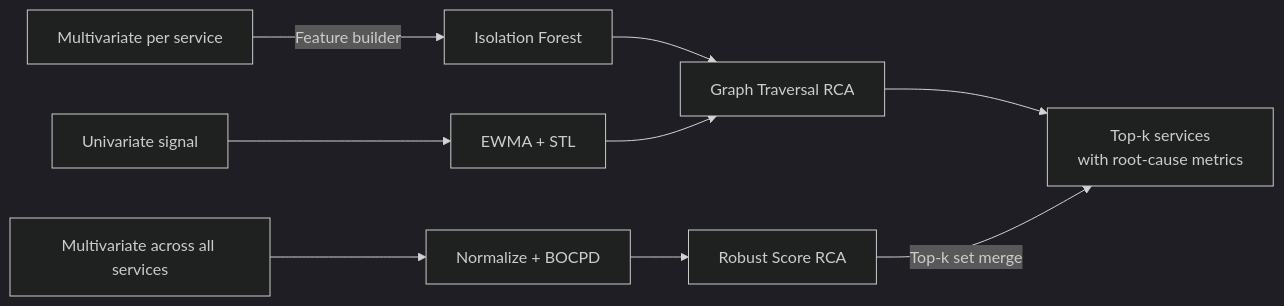
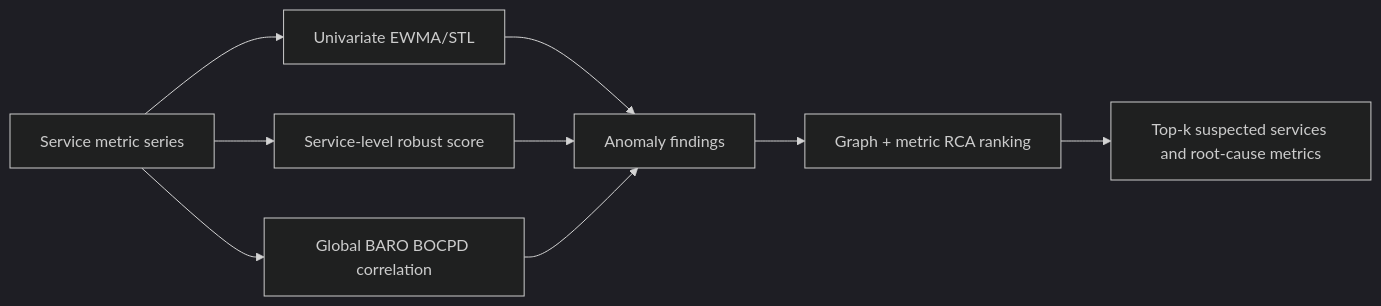
One commit to tf2-team/tf2-corp-platform changed the first of 2 diagrams in src/aio/docs/mandates/MANDATE-07-jira-tickets.md. Above: the diagram before and after it, drawn with Mermaid (dark theme). The commit also changed other lines of this file, not shown here.

````diff
--- a/src/aio/docs/mandates/MANDATE-07-jira-tickets.md
+++ b/src/aio/docs/mandates/MANDATE-07-jira-tickets.md
@@ -55,14 +91,11 @@
 ```mermaid
 graph LR
-    A["Multivariate per service"] -- "Feature builder" --> D["Isolation Forest"]
-    B["Univariate signal"] --> E["EWMA + STL"]
-    C["Multivariate across all services"] --> F["Normalize + BOCPD"]
-
-    D --> G["Graph Traversal RCA"]
-    E --> G
-
-    F --> H["Robust Score RCA"]
-
-    G --> I["Top-k services<br/>with root-cause metrics"]
-    H -- "Top-k set merge" --> I
+    A["Service metric series"] --> B["Univariate EWMA/STL"]
+    A --> C["Service-level robust score"]
+    A --> D["Global BARO BOCPD correlation"]
+    B --> E["Anomaly findings"]
+    C --> E
+    D --> E
+    E --> F["Graph + metric RCA ranking"]
+    F --> G["Top-k suspected services and root-cause metrics"]
 ```
````
